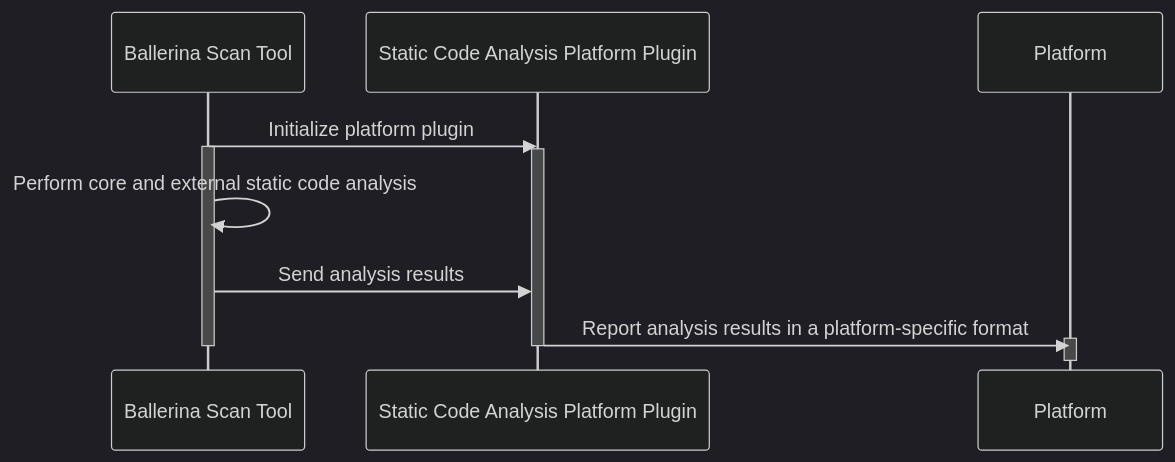
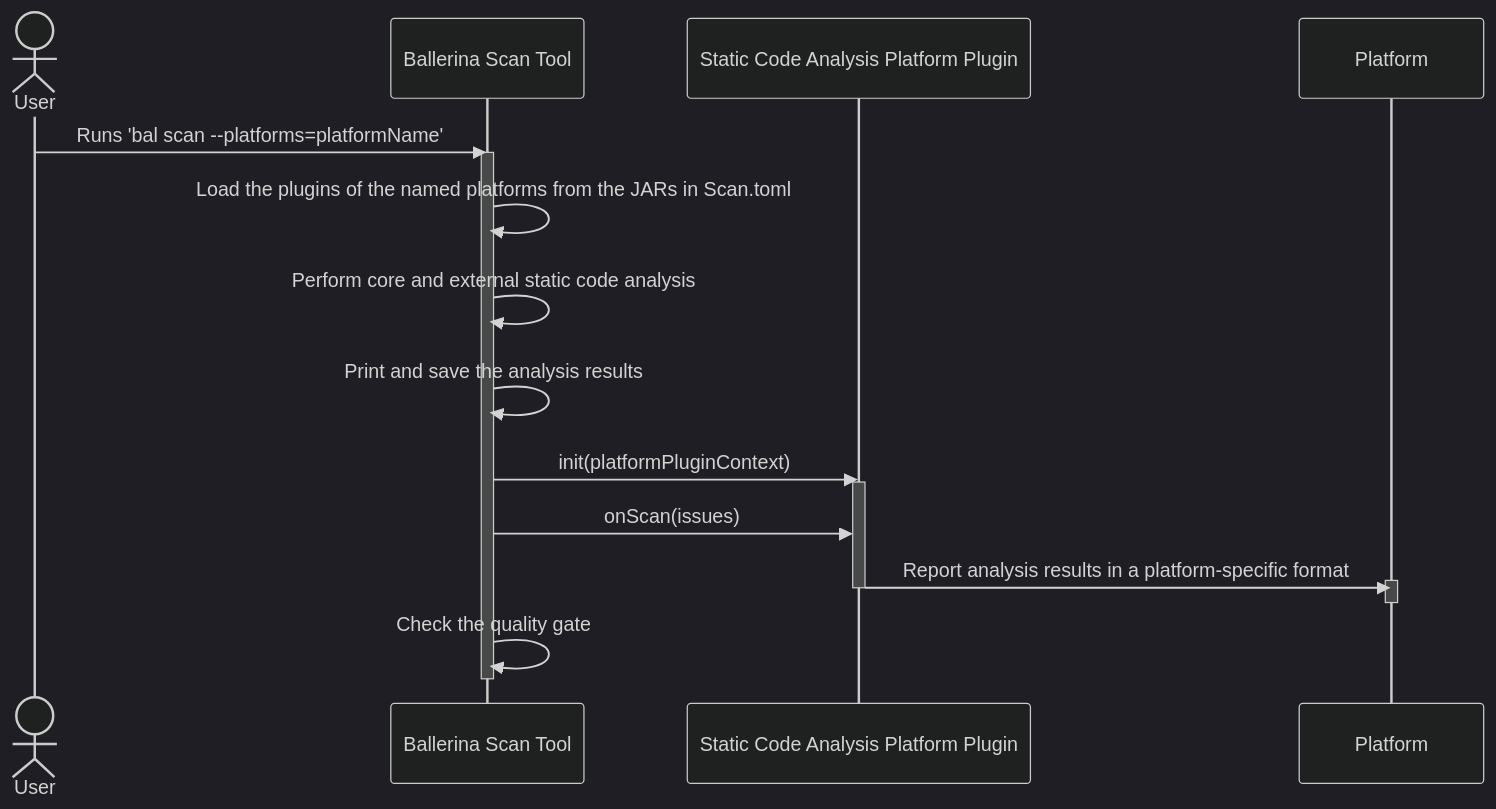
Before and after one commit to ballerina-platform/static-code-analysis-tool: the diagram in docs/static-code-analysis-tool/StaticCodeAnalysisPlatformPlugin.md, drawn with Mermaid (dark theme). The commit also changed other lines of this file and 3 other files, not shown here.

First line of the commit message:
Bring the platform and compiler plugin guides up to date with the scan tool

````diff
--- a/docs/static-code-analysis-tool/StaticCodeAnalysisPlatformPlugin.md
+++ b/docs/static-code-analysis-tool/StaticCodeAnalysisPlatformPlugin.md
@@ -17,17 +19,22 @@
 ```mermaid
 sequenceDiagram
+    actor User
     participant Ballerina Scan Tool
     participant Static Code Analysis Platform Plugin
     participant Platform
-    
-    Ballerina Scan Tool ->> Static Code Analysis Platform Plugin: Initialize platform plugin
+
+    User ->> Ballerina Scan Tool: Runs 'bal scan --platforms=platformName'
     activate Ballerina Scan Tool
+    Ballerina Scan Tool ->> Ballerina Scan Tool: Load the plugins of the named platforms from the JARs in Scan.toml
+    Ballerina Scan Tool ->> Ballerina Scan Tool: Perform core and external static code analysis
+    Ballerina Scan Tool ->> Ballerina Scan Tool: Print and save the analysis results
+    Ballerina Scan Tool ->> Static Code Analysis Platform Plugin: init(platformPluginContext)
     activate Static Code Analysis Platform Plugin
-    Ballerina Scan Tool ->> Ballerina Scan Tool: Perform core and external static code analysis
-    Ballerina Scan Tool ->> Static Code Analysis Platform Plugin: Send analysis results
+    Ballerina Scan Tool ->> Static Code Analysis Platform Plugin: onScan(issues)
     Static Code Analysis Platform Plugin ->> Platform: Report analysis results in a platform-specific format
     activate Platform
     deactivate Platform
     deactivate Static Code Analysis Platform Plugin
+    Ballerina Scan Tool ->> Ballerina Scan Tool: Check the quality gate
     deactivate Ballerina Scan Tool
 ```
````
